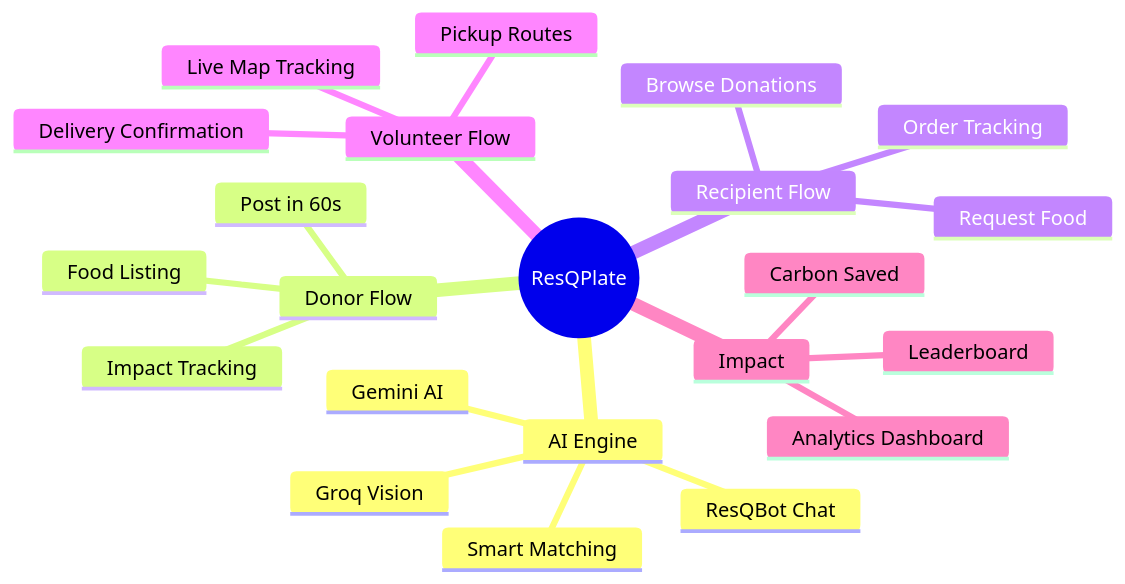
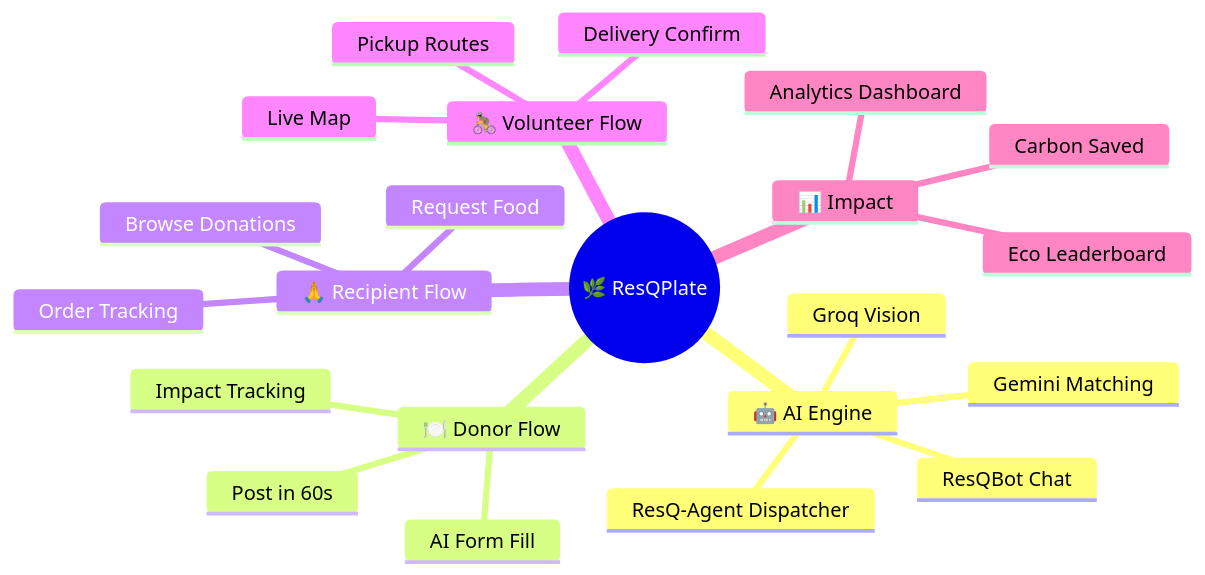
The first of 4 diagrams in README.md (salonyranjan/ResQpla8), drawn with Mermaid before and after one commit. The commit also changed other lines of this file, not shown here.

````diff
--- a/README.md
+++ b/README.md
@@ -44,25 +162,25 @@
 ```mermaid
 mindmap
-  root((ResQPlate))
-    AI Engine
+  root((🌿 ResQPlate))
+    🤖 AI Engine
       Groq Vision
-      Gemini AI
+      Gemini Matching
       ResQBot Chat
-      Smart Matching
-    Donor Flow
+      ResQ-Agent Dispatcher
+    🍽️ Donor Flow
       Post in 60s
-      Food Listing
+      AI Form Fill
       Impact Tracking
-    Recipient Flow
+    🙏 Recipient Flow
       Browse Donations
       Request Food
       Order Tracking
-    Volunteer Flow
+    🚴 Volunteer Flow
       Pickup Routes
-      Live Map Tracking
-      Delivery Confirmation
-    Impact
+      Live Map
+      Delivery Confirm
+    📊 Impact
       Analytics Dashboard
-      Leaderboard
+      Eco Leaderboard
       Carbon Saved
 ```
````
